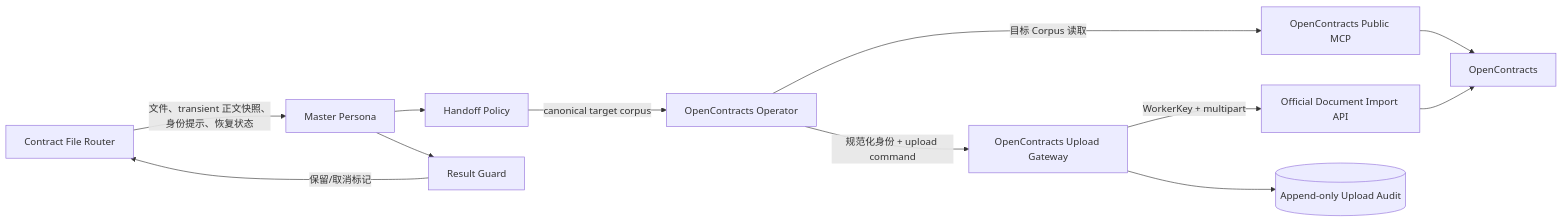
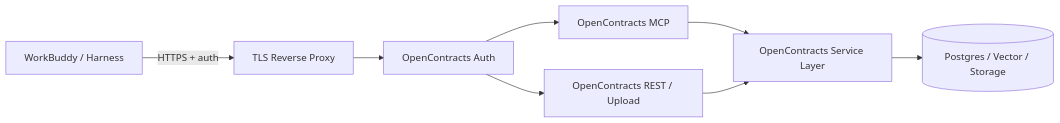
One commit to Ri0n72Y/ContractBotConfig changed the first of 2 diagrams in docs/architecture/opencontracts-integration.md. Above: the diagram before and after it, drawn with Mermaid. The commit also changed other lines of this file and 11 other files, not shown here.

Commit message:
docs: rebuild architecture and specs for WorkBuddy refactor

````diff
--- a/docs/architecture/opencontracts-integration.md
+++ b/docs/architecture/opencontracts-integration.md
@@ -7,25 +13,15 @@
 ```mermaid
 flowchart LR
-    Router[Contract File Router]
-    Master[Master Persona]
-    Handoff[Handoff Policy]
-    Operator[OpenContracts Operator]
-    MCP[OpenContracts Public MCP]
-    Gateway[OpenContracts Upload Gateway]
-    ImportAPI[Official Document Import API]
-    OC[OpenContracts]
-    Guard[Result Guard]
-    Receipt[(Append-only Upload Audit)]
+    A[WorkBuddy / Harness]
+    P[TLS Reverse Proxy]
+    AUTH[OpenContracts Auth]
+    MCP[OpenContracts MCP]
+    API[OpenContracts REST / Upload]
+    SVC[OpenContracts Service Layer]
+    DB[(Postgres / Vector / Storage)]
 
-    Router -->|文件、transient 正文快照、身份提示、恢复状态| Master
-    Master --> Handoff
-    Handoff -->|canonical target corpus| Operator
-    Operator -->|目标 Corpus 读取| MCP
-    MCP --> OC
-    Operator -->|规范化身份 + upload command| Gateway
-    Gateway -->|WorkerKey + multipart| ImportAPI
-    ImportAPI --> OC
-    Gateway --> Receipt
-    Master --> Guard
-    Guard -->|保留/取消标记| Router
+    A -->|HTTPS + auth| P
+    P --> AUTH
+    AUTH --> MCP --> SVC --> DB
+    AUTH --> API --> SVC
 ```
````
